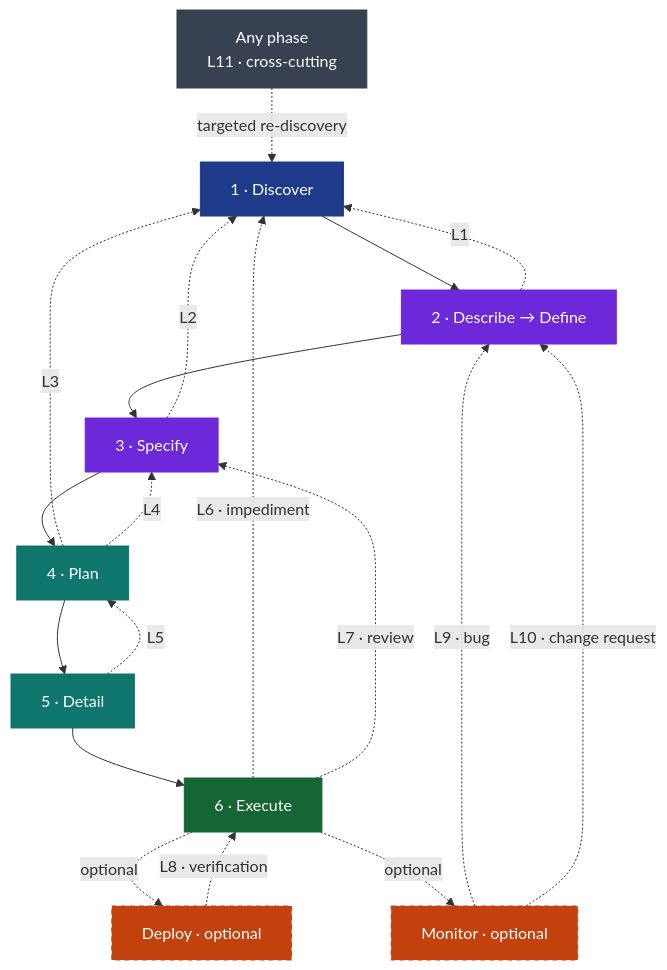
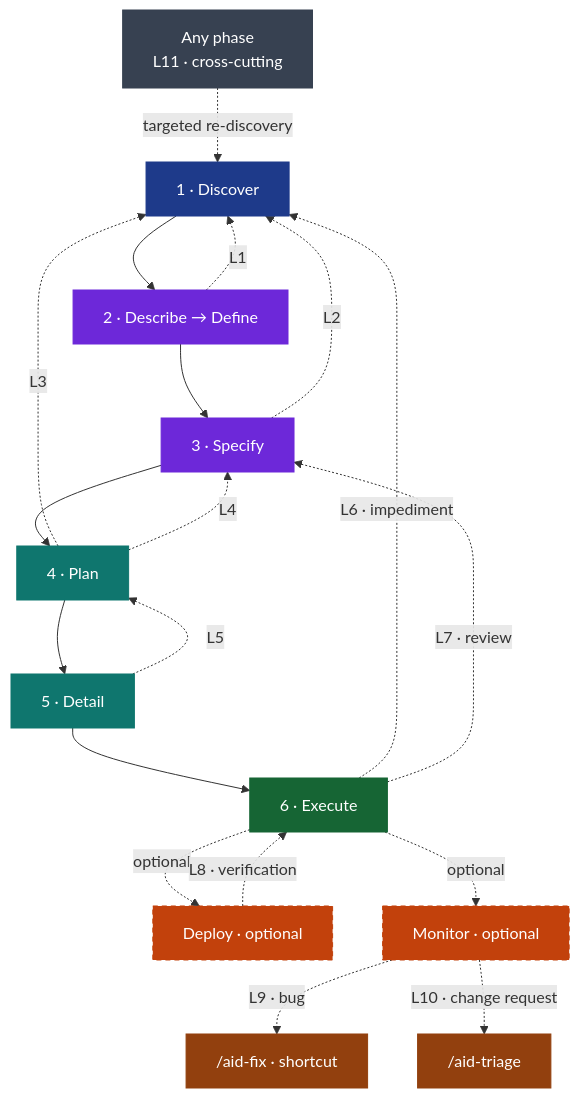
One commit to AndreVianna/aid-methodology changed the sixth of 7 diagrams in docs/aid-methodology.md. Above: the diagram before and after it, drawn with Mermaid. The commit also changed other lines of this file and 37 other files, not shown here.

````diff
--- a/docs/aid-methodology.md
+++ b/docs/aid-methodology.md
@@ -881,34 +885,37 @@
 ```mermaid
 flowchart TB
     classDef prep    fill:#1E3A8A,stroke:#1E3A8A,color:#ffffff
     classDef def     fill:#6D28D9,stroke:#6D28D9,color:#ffffff
     classDef map     fill:#0F766E,stroke:#0F766E,color:#ffffff
     classDef exe     fill:#166534,stroke:#166534,color:#ffffff
     classDef delopt  fill:#C2410C,stroke:#C2410C,color:#ffffff,stroke-dasharray:5 4
     classDef offpipe fill:#374151,stroke:#374151,color:#ffffff
+    classDef entry   fill:#92400E,stroke:#92400E,color:#ffffff
 
     D["1 · Discover"]:::prep
     I["2 · Describe → Define"]:::def
     S["3 · Specify"]:::def
     P["4 · Plan"]:::map
     Dt["5 · Detail"]:::map
     E["6 · Execute"]:::exe
     Dp["Deploy · optional"]:::delopt
     M["Monitor · optional"]:::delopt
+    Fx["/aid-fix · shortcut"]:::entry
+    Tr["/aid-triage"]:::entry
     Any["Any phase<br/>L11 · cross-cutting"]:::offpipe
 
     D --> I --> S --> P --> Dt --> E
     E  -. "optional" .-> Dp
     E  -. "optional" .-> M
     I  -. "L1" .-> D
     S  -. "L2" .-> D
     P  -. "L3" .-> D
     P  -. "L4" .-> S
     Dt -. "L5" .-> P
     E  -. "L6 · impediment" .-> D
     E  -. "L7 · review" .-> S
     Dp -. "L8 · verification" .-> E
-    M  -. "L9 · bug" .-> I
-    M  -. "L10 · change request" .-> I
+    M  -. "L9 · bug" .-> Fx
+    M  -. "L10 · change request" .-> Tr
     Any -. "targeted re-discovery" .-> D
 ```
````
